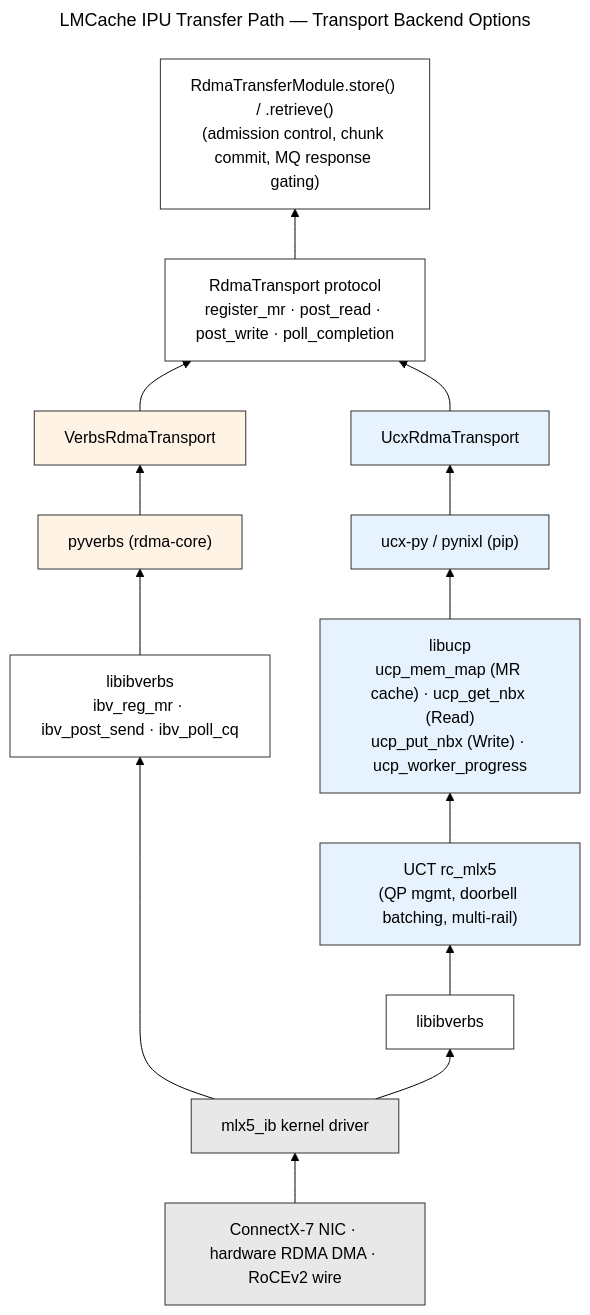
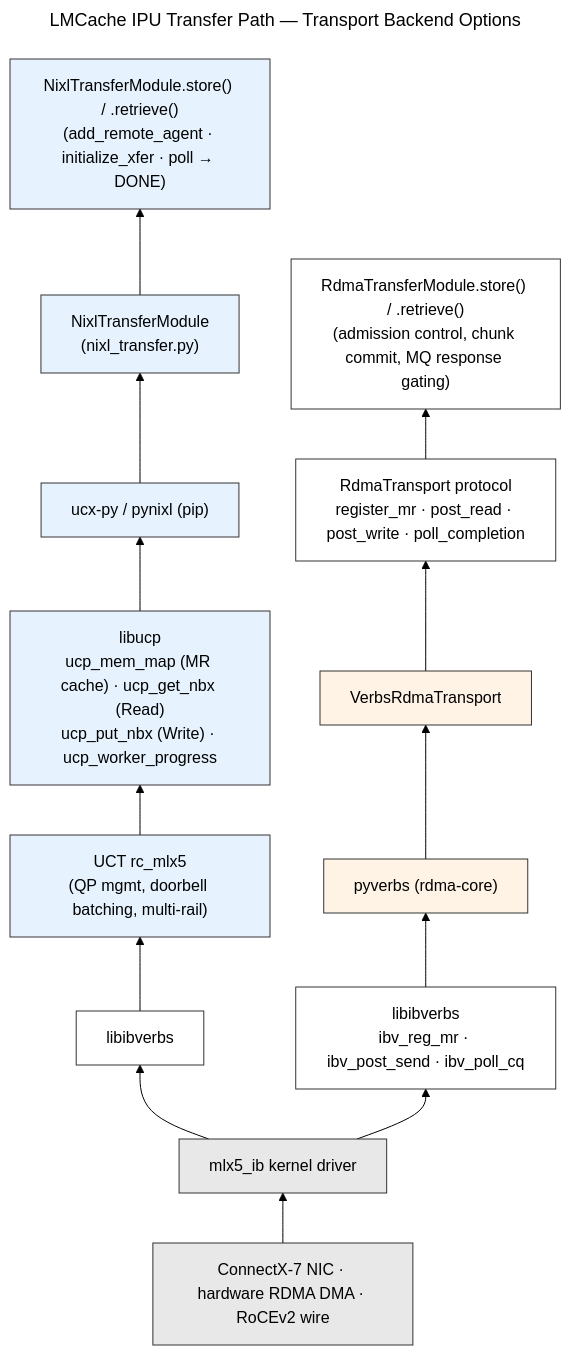
The diagram in docs/design/v1/platform/rdma/diagrams/rdma-transport-backends.mmd (tsg-/LMCache), drawn with Mermaid (forest theme) before and after one commit. The commit also changed 4 other files, not shown here.

First line of the commit message:
docs: fix stale cross-refs and diagram correctness issues

```diff
--- a/docs/design/v1/platform/rdma/diagrams/rdma-transport-backends.mmd
+++ b/docs/design/v1/platform/rdma/diagrams/rdma-transport-backends.mmd
@@ -1,55 +1,61 @@
 ---
 title: "LMCache IPU Transfer Path — Transport Backend Options"
 ---
 graph BT
     %% Hardware / kernel
     NIC["ConnectX-7 NIC · hardware RDMA DMA · RoCEv2 wire"]
     MLX5["mlx5_ib kernel driver"]
     NIC --> MLX5
 
     %% Native (pyverbs) path
     LIBIBV_N["libibverbs
 ibv_reg_mr · ibv_post_send · ibv_poll_cq"]
     MLX5 --> LIBIBV_N
     PYVERBS["pyverbs (rdma-core)"]
     LIBIBV_N --> PYVERBS
     VERBS["VerbsRdmaTransport"]
     PYVERBS --> VERBS
 
     %% NIXL/UCX path
     LIBIBV_U["libibverbs"]
     MLX5 --> LIBIBV_U
     UCT["UCT rc_mlx5
 (QP mgmt, doorbell batching, multi-rail)"]
     LIBIBV_U --> UCT
     LIBUCP["libucp
 ucp_mem_map (MR cache) · ucp_get_nbx (Read)
 ucp_put_nbx (Write) · ucp_worker_progress"]
     UCT --> LIBUCP
     UCXPY["ucx-py / pynixl (pip)"]
     LIBUCP --> UCXPY
-    UCX["UcxRdmaTransport"]
-    UCXPY --> UCX
+    NIXL["NixlTransferModule
+(nixl_transfer.py)"]
+    UCXPY --> NIXL
 
-    %% Common LMCache layers
+    %% pyverbs path — RdmaTransport Protocol
     PROTO["RdmaTransport protocol
 register_mr · post_read · post_write · poll_completion"]
     VERBS --> PROTO
-    UCX --> PROTO
-    IPU["RdmaTransferModule.store() / .retrieve()
+    RDMA_MOD["RdmaTransferModule.store() / .retrieve()
 (admission control, chunk commit, MQ response gating)"]
-    PROTO --> IPU
+    PROTO --> RDMA_MOD
+
+    %% NIXL path — direct server interface, no RdmaTransport protocol
+    NIXL_MOD["NixlTransferModule.store() / .retrieve()
+(add_remote_agent · initialize_xfer · poll → DONE)"]
+    NIXL --> NIXL_MOD
 
     %% Styling
     style NIC fill:#e8e8e8,stroke:#333
     style MLX5 fill:#e8e8e8,stroke:#333
     style LIBIBV_N fill:#fff,stroke:#333
     style LIBIBV_U fill:#fff,stroke:#333
     style UCT fill:#e6f3ff,stroke:#333
     style LIBUCP fill:#e6f3ff,stroke:#333
     style UCXPY fill:#e6f3ff,stroke:#333
     style PYVERBS fill:#fff3e6,stroke:#333
     style VERBS fill:#fff3e6,stroke:#333
-    style UCX fill:#e6f3ff,stroke:#333
+    style NIXL fill:#e6f3ff,stroke:#333
     style PROTO fill:#fff,stroke:#333
-    style IPU fill:#fff,stroke:#333
+    style RDMA_MOD fill:#fff,stroke:#333
+    style NIXL_MOD fill:#e6f3ff,stroke:#333
```
